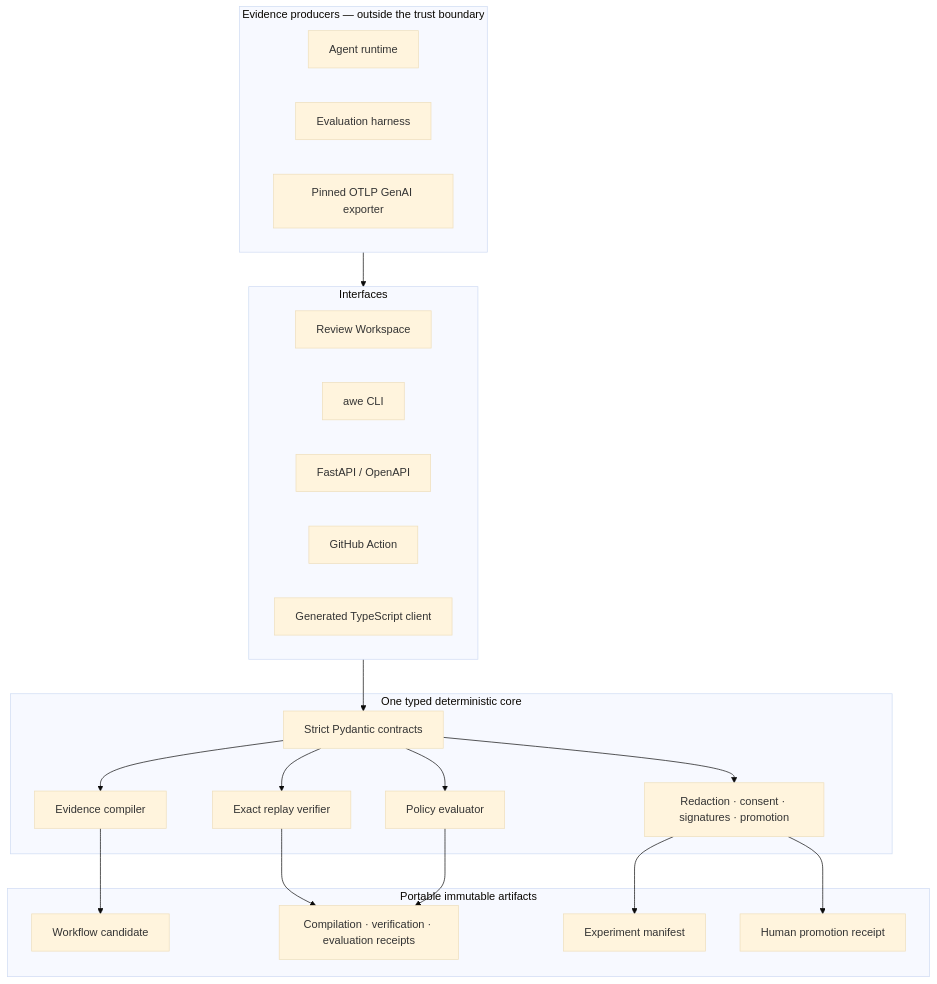
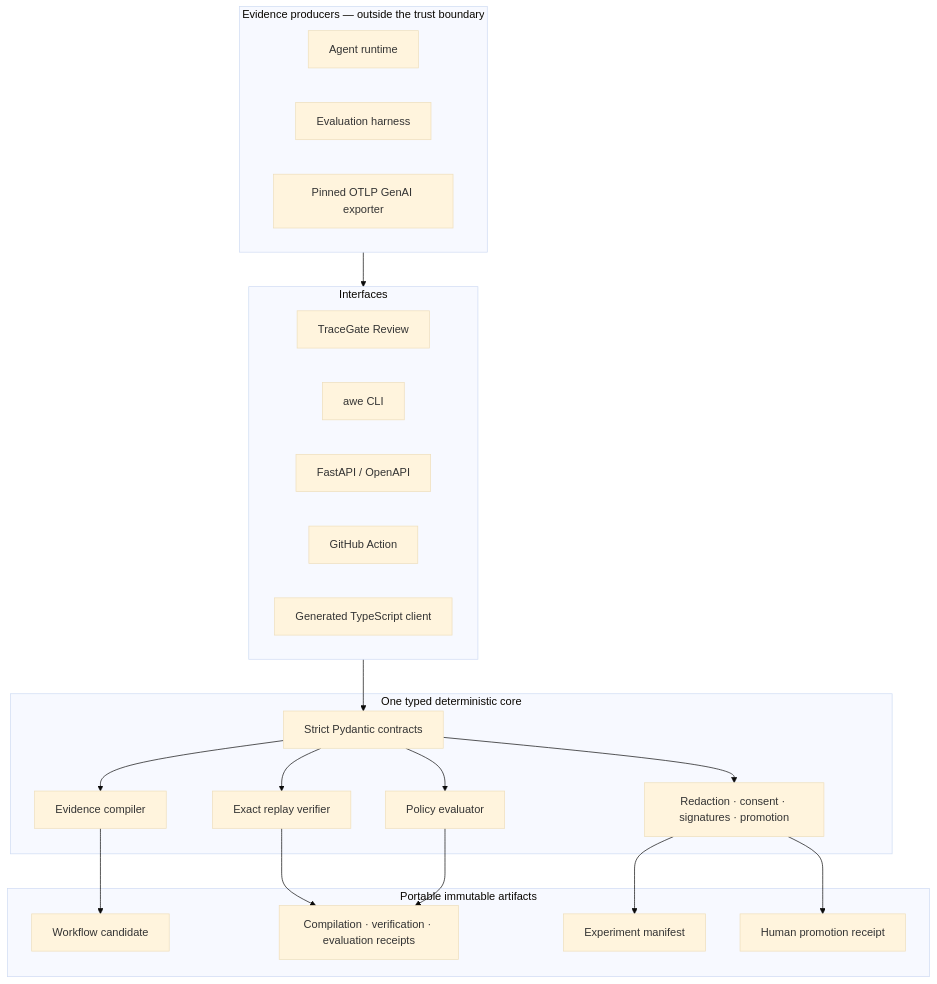
The second of 2 diagrams in README.md (kingggg5/awe-tracegate), drawn with Mermaid (base theme) before and after one commit. The commit also changed other lines of this file and 14 other files, not shown here.

Commit message:
feat: refine TraceGate Review experience (#9)

````diff
--- a/README.md
+++ b/README.md
@@ -99,38 +102,38 @@
 ```mermaid
 flowchart TB
     subgraph Producers["Evidence producers — outside the trust boundary"]
         Agent["Agent runtime"]
         Eval["Evaluation harness"]
         OTel["Pinned OTLP GenAI exporter"]
     end
 
     subgraph Interfaces["Interfaces"]
-        UI["Review Workspace"]
+        UI["TraceGate Review"]
         CLI["awe CLI"]
         API["FastAPI / OpenAPI"]
         Action["GitHub Action"]
         TS["Generated TypeScript client"]
     end
 
     subgraph Core["One typed deterministic core"]
         Contracts["Strict Pydantic contracts"]
         Compiler["Evidence compiler"]
         Verifier["Exact replay verifier"]
         Evaluator["Policy evaluator"]
         Governance["Redaction · consent · signatures · promotion"]
     end
 
     subgraph Artifacts["Portable immutable artifacts"]
         Candidate["Workflow candidate"]
         Receipts["Compilation · verification · evaluation receipts"]
         Manifest["Experiment manifest"]
         Promotion["Human promotion receipt"]
     end
 
     Producers --> Interfaces --> Contracts
     Contracts --> Compiler --> Candidate
     Contracts --> Verifier --> Receipts
     Contracts --> Evaluator --> Receipts
     Contracts --> Governance --> Manifest
     Governance --> Promotion
 ```
````
